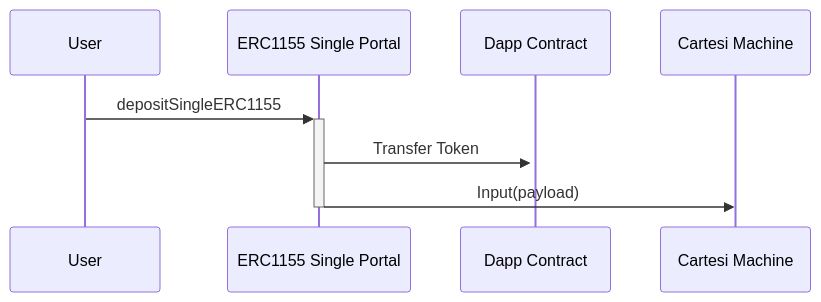
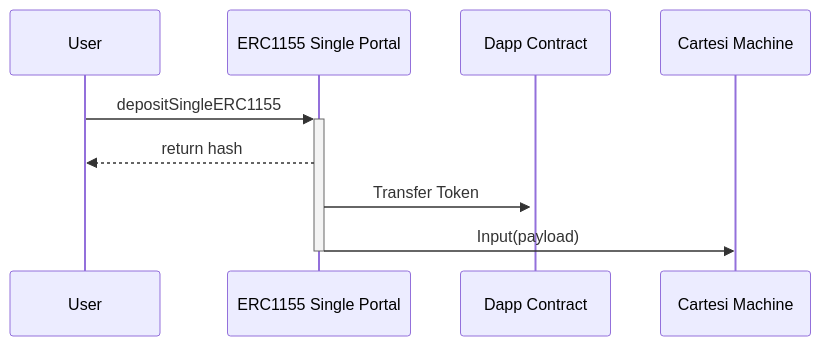
One commit to doiim/tikua changed the eighth of 9 diagrams in README.md. Above: the diagram before and after it, drawn with Mermaid. The commit also changed other lines of this file and 1 other file, not shown here.

````diff
--- a/README.md
+++ b/README.md
@@ -223,6 +289,7 @@
 ```mermaid
 sequenceDiagram
     User->>+ERC1155 Single Portal: depositSingleERC1155
+    ERC1155 Single Portal-->>User: return hash
     ERC1155 Single Portal->>+Dapp Contract: Transfer Token
     ERC1155 Single Portal->>-Cartesi Machine: Input(payload)
 ```
````
